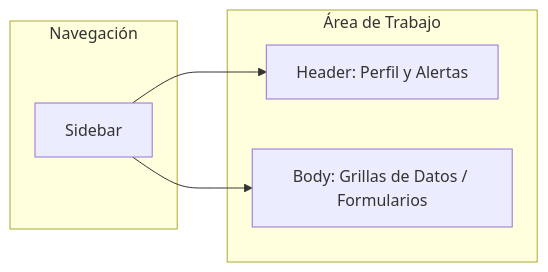
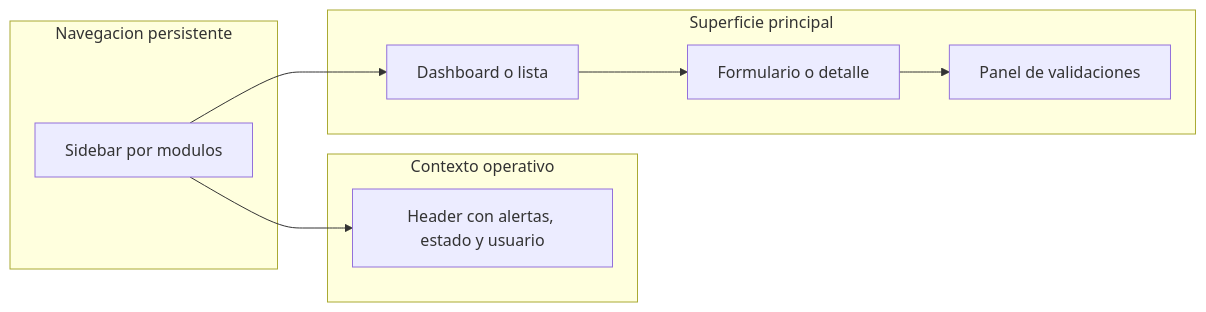
The first of 3 diagrams in report/40-chapter-4-product-design/4-4-web-applications-ux-ui-design.md (upc-pre-202610-1asi0730-12242-king/nexa-report), drawn with Mermaid before and after one commit. The commit also changed other lines of this file and 5 other files, not shown here.

````diff
--- a/report/40-chapter-4-product-design/4-4-web-applications-ux-ui-design.md
+++ b/report/40-chapter-4-product-design/4-4-web-applications-ux-ui-design.md
@@ -17,12 +24,18 @@
 ```mermaid
 graph LR
-    subgraph "Navegación"
-        A[Sidebar]
+    subgraph "Navegacion persistente"
+        A[Sidebar por modulos]
     end
-    subgraph "Área de Trabajo"
-        B[Header: Perfil y Alertas]
-        C[Body: Grillas de Datos / Formularios]
+    subgraph "Contexto operativo"
+        B[Header con alertas, estado y usuario]
+    end
+    subgraph "Superficie principal"
+        C[Dashboard o lista]
+        D[Formulario o detalle]
+        E[Panel de validaciones]
     end
     A --> B
     A --> C
+    C --> D
+    D --> E
 ```
````
